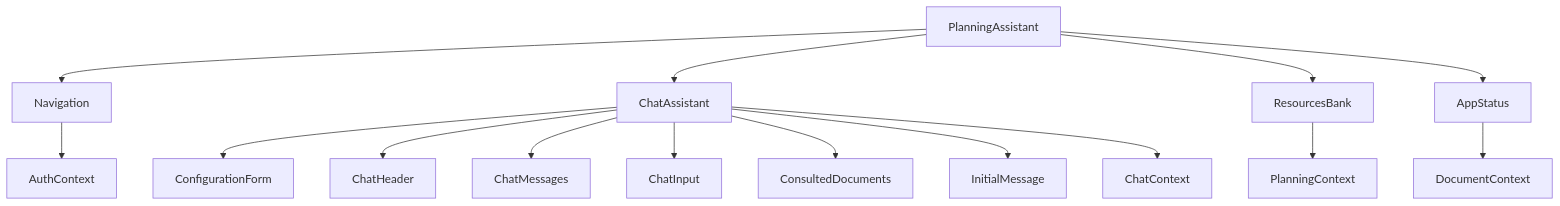
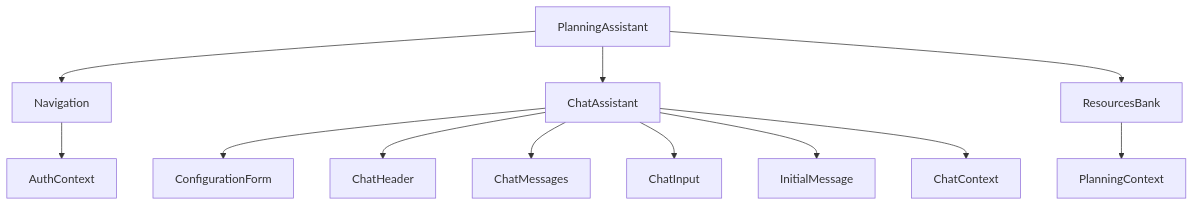
One commit to Curriaga2002/tutor-agente-ia changed the sixth of 6 diagrams in README.md. Above: the diagram before and after it, drawn with Mermaid. The commit also changed other lines of this file, not shown here.

````diff
--- a/README.md
+++ b/README.md
@@ -437,19 +370,16 @@
 ```mermaid
 graph TD
     A[PlanningAssistant] --> B[Navigation]
     A --> C[ChatAssistant]
     A --> D[ResourcesBank]
-    A --> E[AppStatus]
     
     C --> F[ConfigurationForm]
     C --> G[ChatHeader]
     C --> H[ChatMessages]
     C --> I[ChatInput]
-    C --> J[ConsultedDocuments]
     C --> K[InitialMessage]
     
     B --> L[AuthContext]
     C --> M[ChatContext]
     D --> N[PlanningContext]
-    E --> O[DocumentContext]
 ```
````
